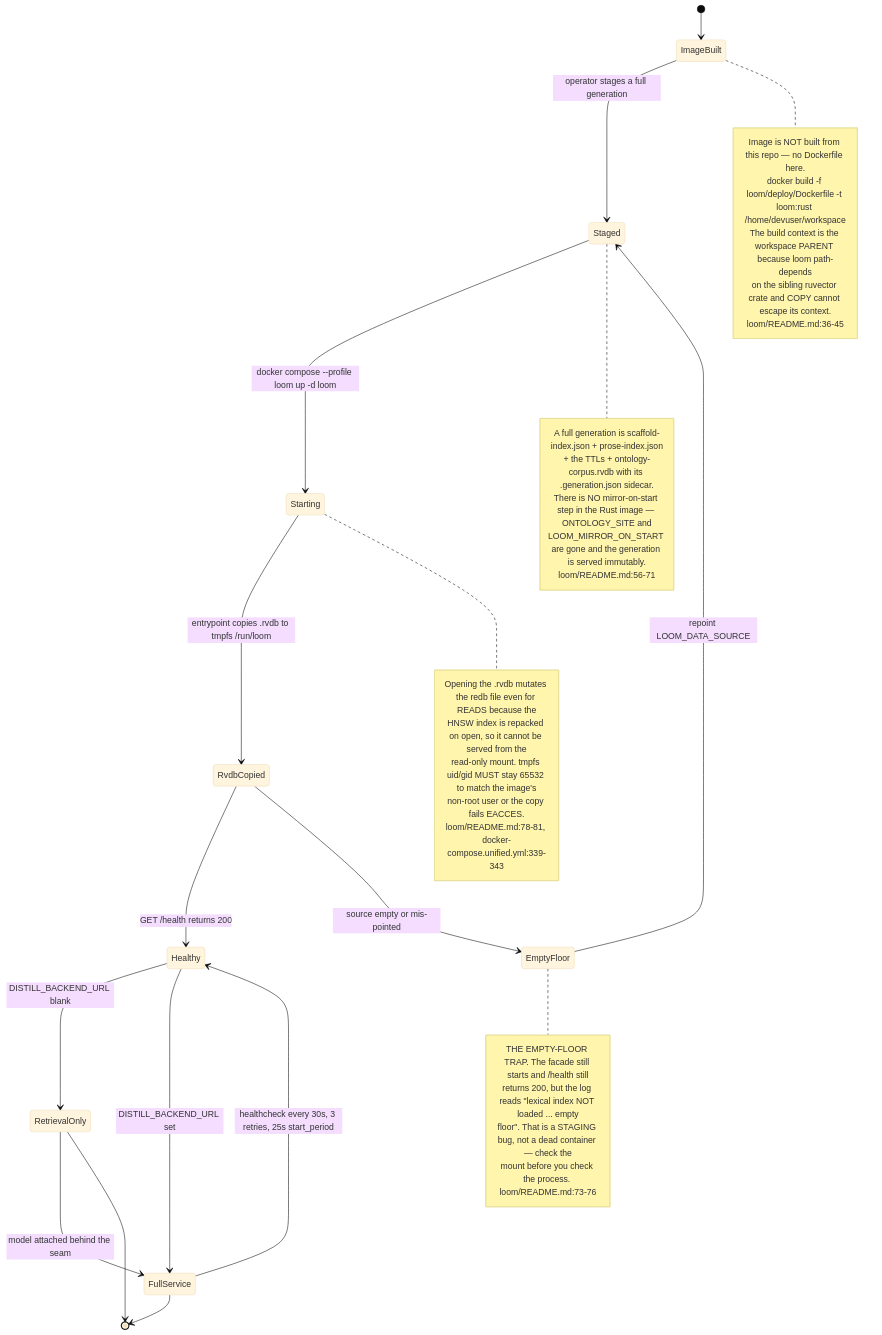
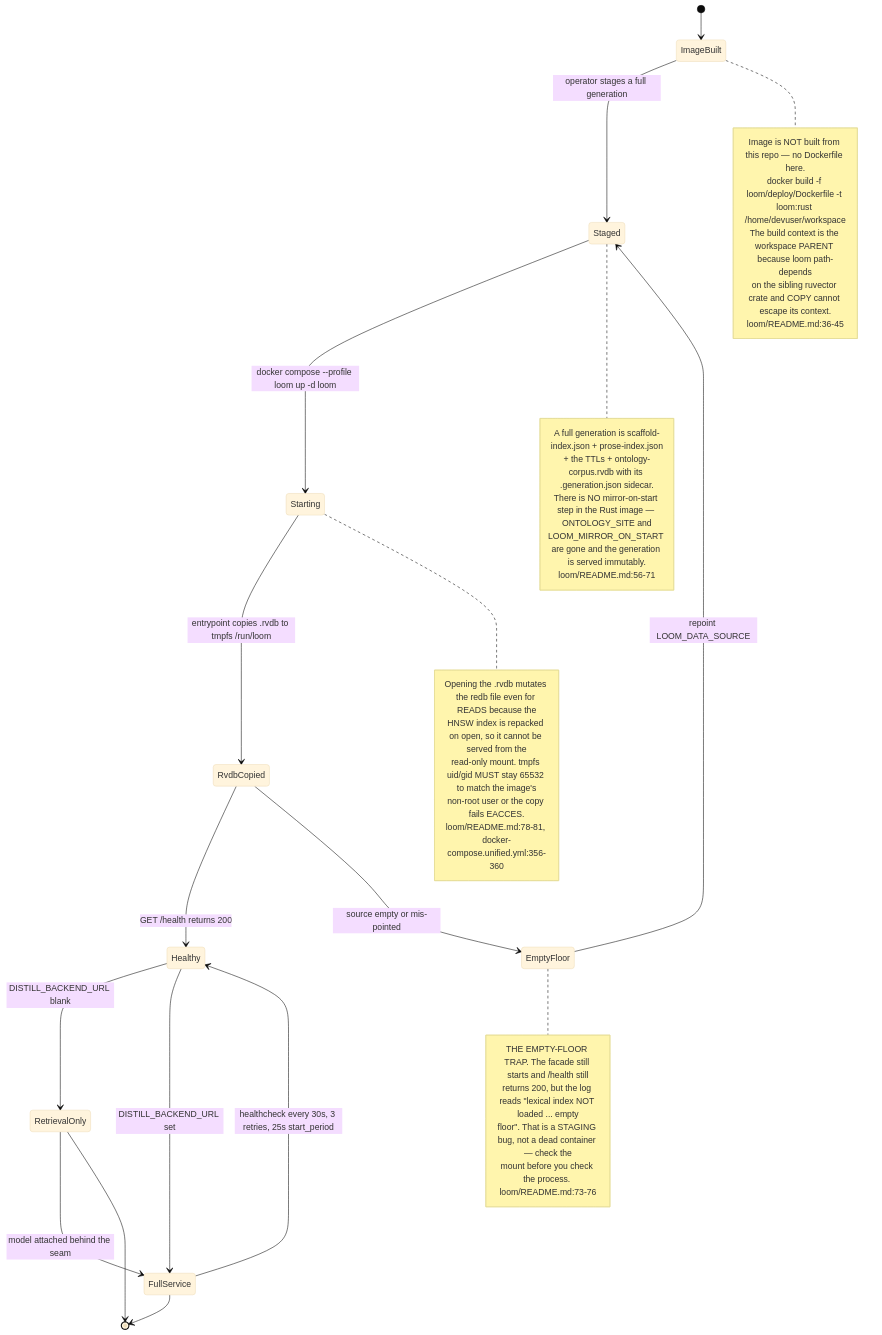
One commit to DreamLab-AI/VisionFlow changed the seventh of 12 diagrams in docs/diagrams/agentbox/24-loom-facade.md. Above: the diagram before and after it, drawn with Mermaid (base theme). The commit also changed other lines of this file and 136 other files, not shown here.

First line of the commit message:
docs(diagrams): refresh the whole corpus to code HEAD and prune low-value diagrams

````diff
--- a/docs/diagrams/agentbox/24-loom-facade.md
+++ b/docs/diagrams/agentbox/24-loom-facade.md
@@ -315,43 +259,43 @@
 ```mermaid
 stateDiagram-v2
     [*] --> ImageBuilt
     ImageBuilt --> Staged : operator stages a full generation
     note right of ImageBuilt
         Image is NOT built from this repo — no Dockerfile here.
         docker build -f loom/deploy/Dockerfile -t loom:rust /home/devuser/workspace
         The build context is the workspace PARENT because loom path-depends
         on the sibling ruvector crate and COPY cannot escape its context.
         loom/README.md:36-45
     end note
     Staged --> Starting : docker compose --profile loom up -d loom
     note right of Staged
         A full generation is scaffold-index.json + prose-index.json
         + the TTLs + ontology-corpus.rvdb with its .generation.json sidecar.
         There is NO mirror-on-start step in the Rust image — ONTOLOGY_SITE and
         LOOM_MIRROR_ON_START are gone and the generation is served immutably.
         loom/README.md:56-71
     end note
     Starting --> RvdbCopied : entrypoint copies .rvdb to tmpfs /run/loom
     note right of Starting
         Opening the .rvdb mutates the redb file even for READS because the
         HNSW index is repacked on open, so it cannot be served from the
         read-only mount. tmpfs uid/gid MUST stay 65532 to match the image's
         non-root user or the copy fails EACCES.
-        loom/README.md:78-81, docker-compose.unified.yml:339-343
+        loom/README.md:78-81, docker-compose.unified.yml:356-360
     end note
     RvdbCopied --> Healthy : GET /health returns 200
     RvdbCopied --> EmptyFloor : source empty or mis-pointed
     note right of EmptyFloor
         THE EMPTY-FLOOR TRAP. The facade still starts and /health still
         returns 200, but the log reads "lexical index NOT loaded ... empty
         floor". That is a STAGING bug, not a dead container — check the
         mount before you check the process. loom/README.md:73-76
     end note
     EmptyFloor --> Staged : repoint LOOM_DATA_SOURCE
     Healthy --> RetrievalOnly : DISTILL_BACKEND_URL blank
     Healthy --> FullService : DISTILL_BACKEND_URL set
     RetrievalOnly --> FullService : model attached behind the seam
     FullService --> Healthy : healthcheck every 30s, 3 retries, 25s start_period
     RetrievalOnly --> [*]
     FullService --> [*]
 ```
````
